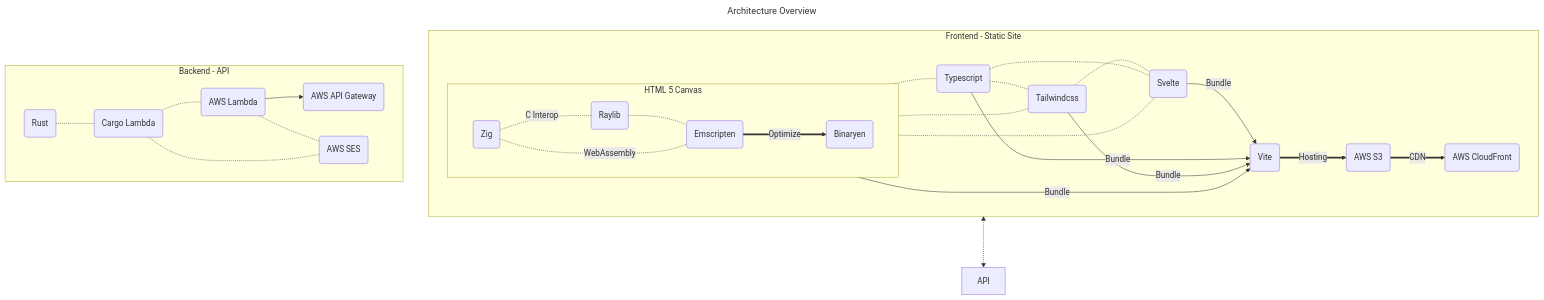
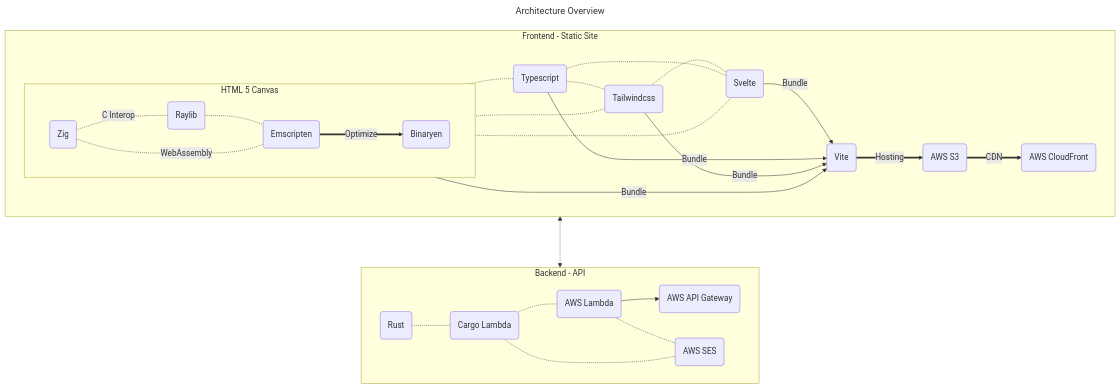
The first of 2 diagrams in README.md (dylanlangston/dylanlangston.com), drawn with Mermaid before and after one commit. The commit also changed 4 other files, not shown here.

````diff
--- a/README.md
+++ b/README.md
@@ -7,45 +7,45 @@
 ```mermaid
 ---
 title: Architecture Overview
 ---
 flowchart TB
     subgraph "Frontend - Static Site"
         direction LR
         S1("Svelte")
         S2("Typescript")
         S3("Tailwindcss")
         S4("Vite")
         S5("AWS S3")
         S6("AWS CloudFront")
 
         subgraph "HTML 5 Canvas"
             direction LR
             A1("Zig")
             A2("Raylib")
             A3(Emscripten)
             A4("Binaryen")
             A1 -.C Interop.- A2 -.- A3
             A1 -.WebAssembly.- A3
             A3 ==Optimize==> A4
         end
 
         S3 -.- S1 -.- S2 -.- S3 -.- subGraph0 -.- S2
         S1 -.- subGraph0
         S1 & S2 & S3 & subGraph0 --Bundle--> S4 ==Hosting==> S5 ==CDN==> S6
     end
 
     subgraph "Backend - API"
         direction LR
         I1("Rust")
         I2("Cargo Lambda")
         I3("AWS Lambda")
         I4("AWS API Gateway")
         I5("AWS SES")
 
         I1 -.- I2 -.- I3 --> I4
         I3 -.- I5 -.- I2
     end
 
-	subGraph1 <-..-> API
+	subGraph1 <-..-> subGraph2
 	
 ```
````
